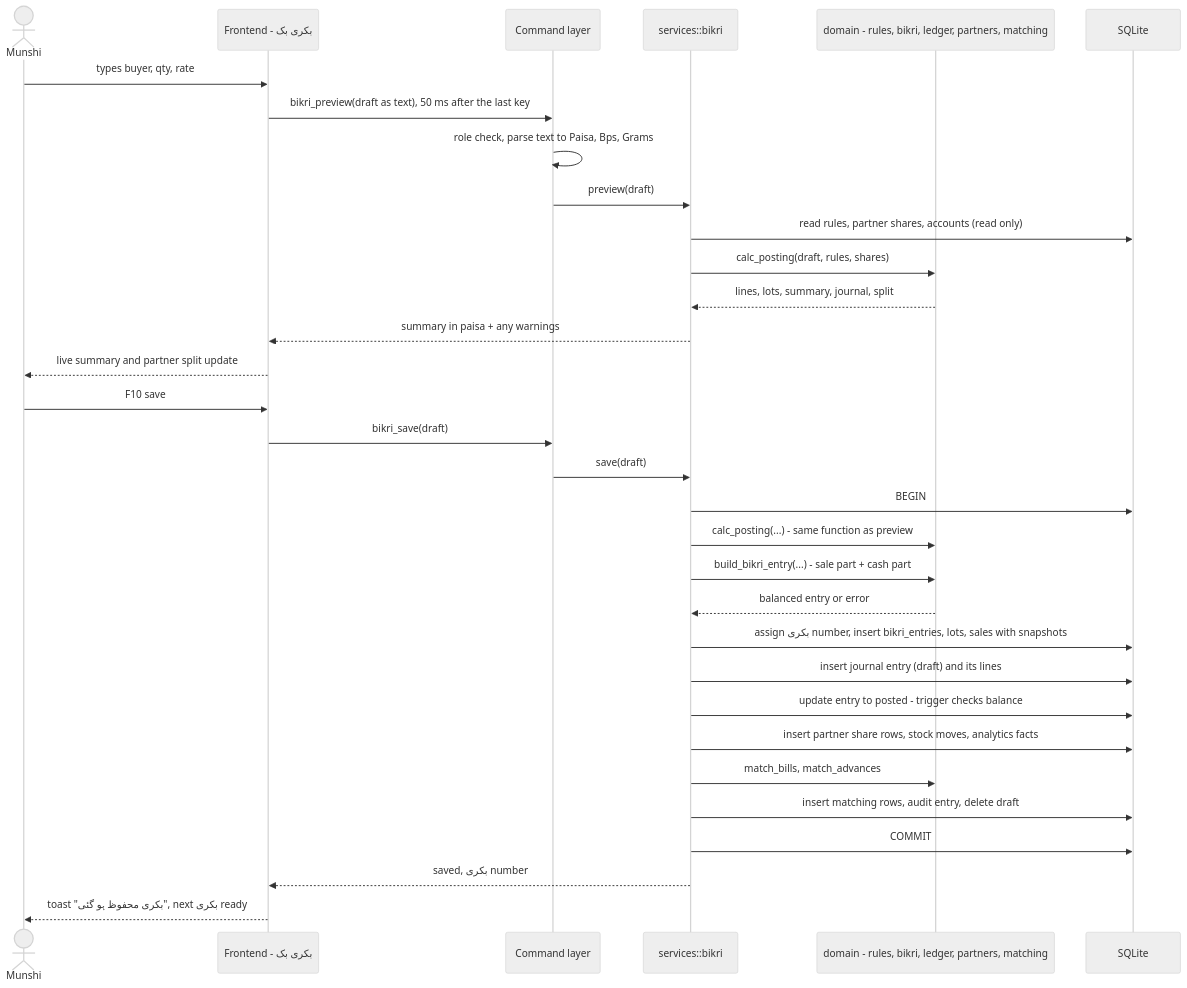
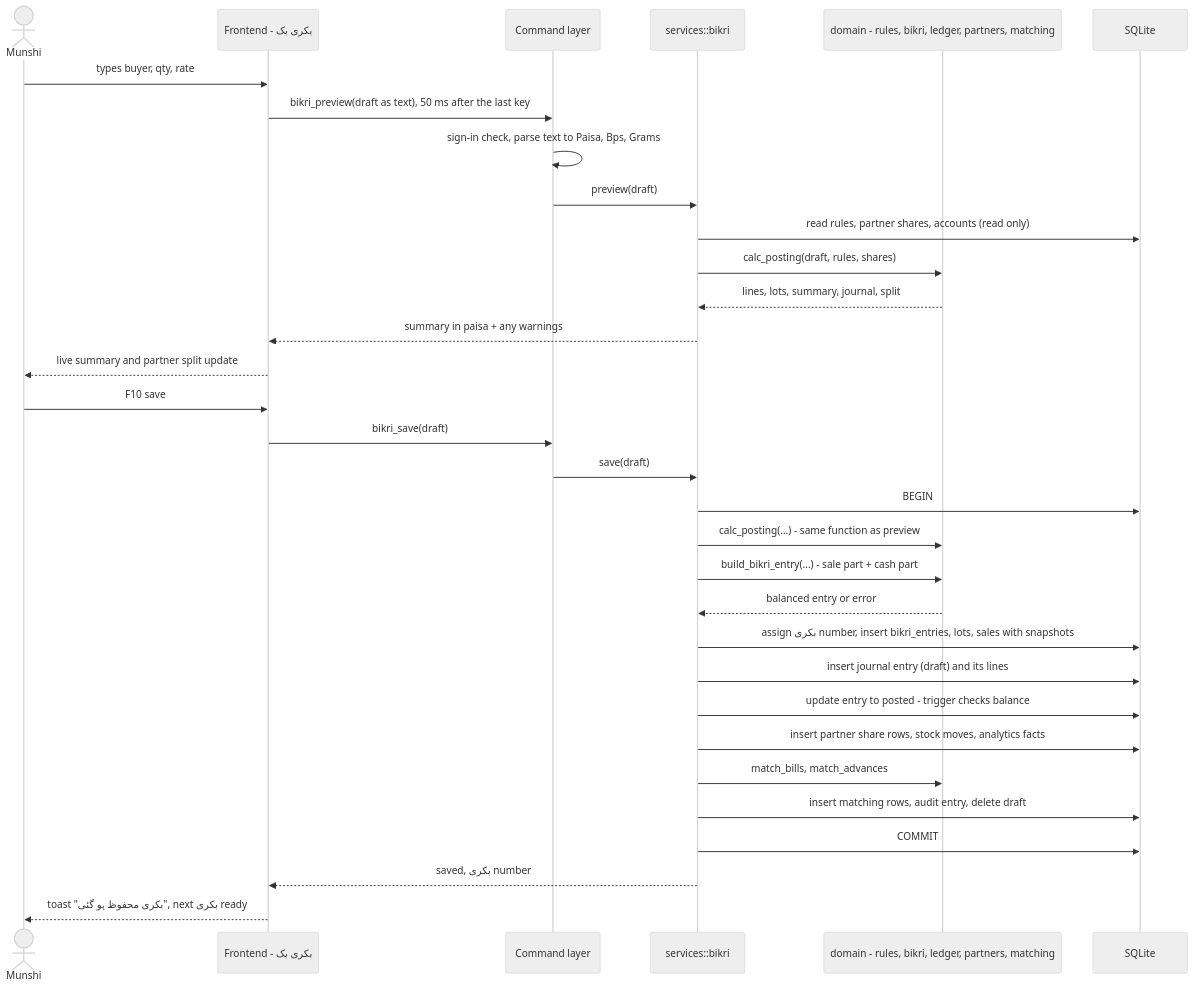
One commit to FaisalHanif12/Fruits-Mandi-Software changed the eighth of 26 diagrams in .claude/rules/Architecture_v1.md. Above: the diagram before and after it, drawn with Mermaid (neutral theme). The commit also changed other lines of this file and 1119 other files, not shown here.

````diff
--- a/.claude/rules/Architecture_v1.md
+++ b/.claude/rules/Architecture_v1.md
@@ -302,36 +308,36 @@
 ```mermaid
 sequenceDiagram
     actor U as Munshi
     participant FE as Frontend - بکری بک
     participant CMD as Command layer
     participant SVC as services::bikri
     participant DOM as domain - rules, bikri, ledger, partners, matching
     participant DB as SQLite
 
     U->>FE: types buyer, qty, rate
     FE->>CMD: bikri_preview(draft as text), 50 ms after the last key
-    CMD->>CMD: role check, parse text to Paisa, Bps, Grams
+    CMD->>CMD: sign-in check, parse text to Paisa, Bps, Grams
     CMD->>SVC: preview(draft)
     SVC->>DB: read rules, partner shares, accounts (read only)
     SVC->>DOM: calc_posting(draft, rules, shares)
     DOM-->>SVC: lines, lots, summary, journal, split
     SVC-->>FE: summary in paisa + any warnings
     FE-->>U: live summary and partner split update
 
     U->>FE: F10 save
     FE->>CMD: bikri_save(draft)
     CMD->>SVC: save(draft)
     SVC->>DB: BEGIN
     SVC->>DOM: calc_posting(...) - same function as preview
     SVC->>DOM: build_bikri_entry(...) - sale part + cash part
     DOM-->>SVC: balanced entry or error
     SVC->>DB: assign بکری number, insert bikri_entries, lots, sales with snapshots
     SVC->>DB: insert journal entry (draft) and its lines
     SVC->>DB: update entry to posted - trigger checks balance
     SVC->>DB: insert partner share rows, stock moves, analytics facts
     SVC->>DOM: match_bills, match_advances
     SVC->>DB: insert matching rows, audit entry, delete draft
     SVC->>DB: COMMIT
     SVC-->>FE: saved, بکری number
     FE-->>U: toast "بکری محفوظ ہو گئی", next بکری ready
 ```
````
